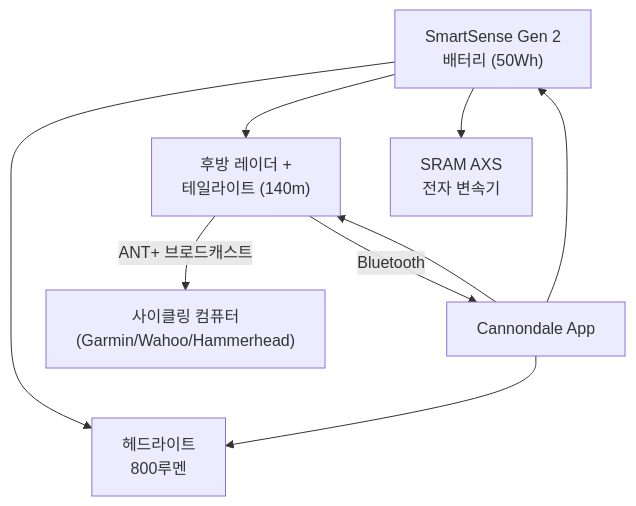
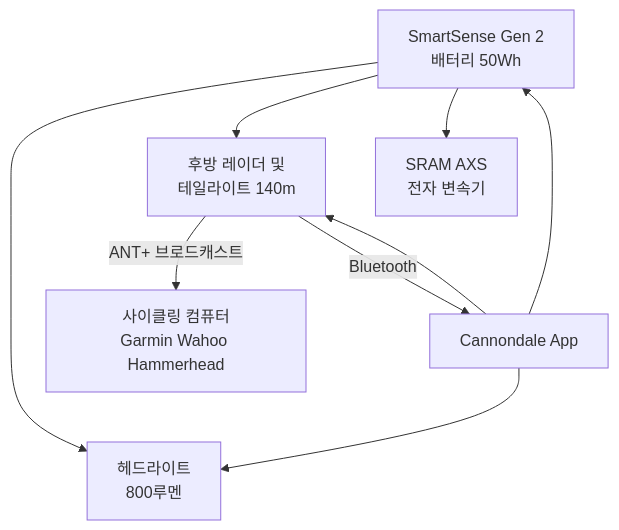
Before and after one commit to 42jerrykim/42jerrykim.github.io: the diagram in content/post/2026/2026-02-20-cannondale-smartsense-gen2-cycling-safety/index.md, drawn with Mermaid. The commit also changed other lines of this file and 239 other files, not shown here.

````diff
--- a/content/post/2026/2026-02-20-cannondale-smartsense-gen2-cycling-safety/index.md
+++ b/content/post/2026/2026-02-20-cannondale-smartsense-gen2-cycling-safety/index.md
@@ -235,12 +299,17 @@
 ```mermaid
 graph TD
-    Battery["SmartSense Gen 2</br>배터리 (50Wh)"]
-    Battery --> Headlight["헤드라이트</br>800루멘"]
-    Battery --> RadarTail["후방 레이더 +</br>테일라이트 (140m)"]
-    Battery --> AXS["SRAM AXS</br>전자 변속기"]
-    RadarTail -->|"ANT+ 브로드캐스트"| HeadUnit["사이클링 컴퓨터</br>(Garmin/Wahoo/Hammerhead)"]
-    RadarTail -->|"Bluetooth"| App["Cannondale App"]
-    App --> Headlight
-    App --> RadarTail
-    App --> Battery
+    Gen2Battery["SmartSense Gen 2</br>배터리 50Wh"]
+    HeadlightUnit["헤드라이트</br>800루멘"]
+    RadarTailUnit["후방 레이더 및</br>테일라이트 140m"]
+    AXSDrivetrain["SRAM AXS</br>전자 변속기"]
+    HeadUnit["사이클링 컴퓨터</br>Garmin Wahoo Hammerhead"]
+    CannondaleApp["Cannondale App"]
+    Gen2Battery --> HeadlightUnit
+    Gen2Battery --> RadarTailUnit
+    Gen2Battery --> AXSDrivetrain
+    RadarTailUnit -->|"ANT+ 브로드캐스트"| HeadUnit
+    RadarTailUnit -->|"Bluetooth"| CannondaleApp
+    CannondaleApp --> HeadlightUnit
+    CannondaleApp --> RadarTailUnit
+    CannondaleApp --> Gen2Battery
 ```
````
